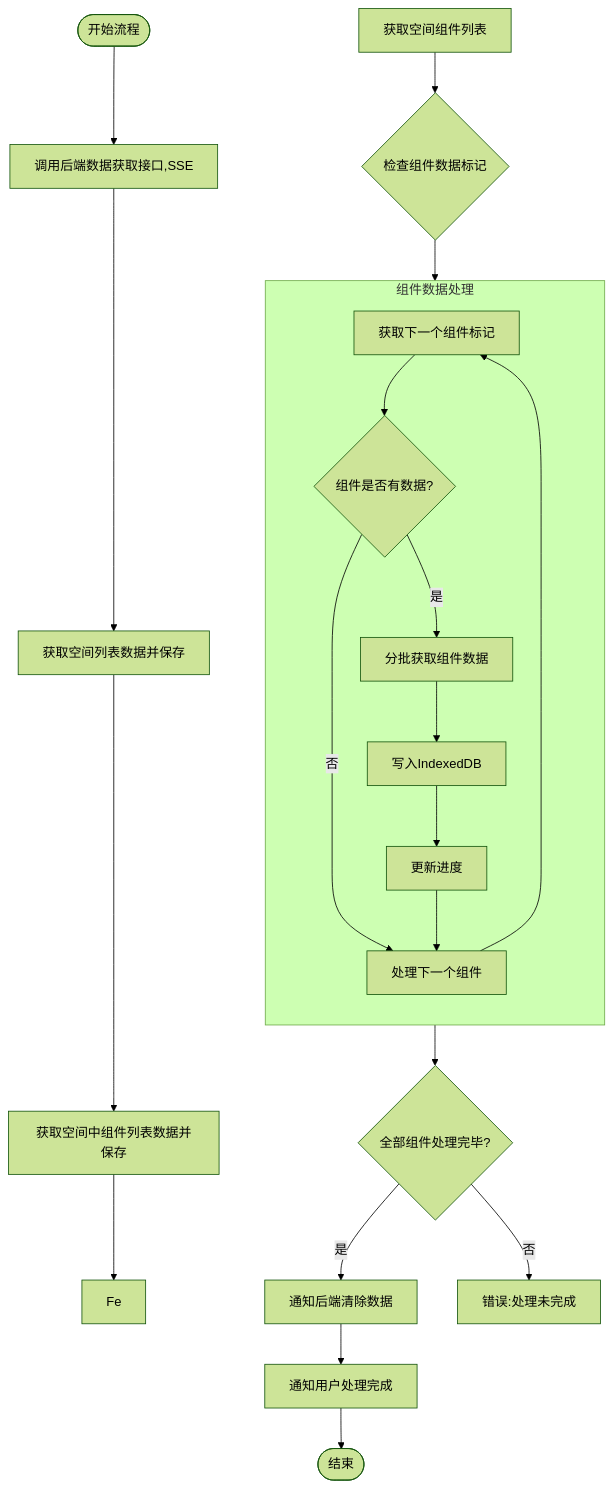
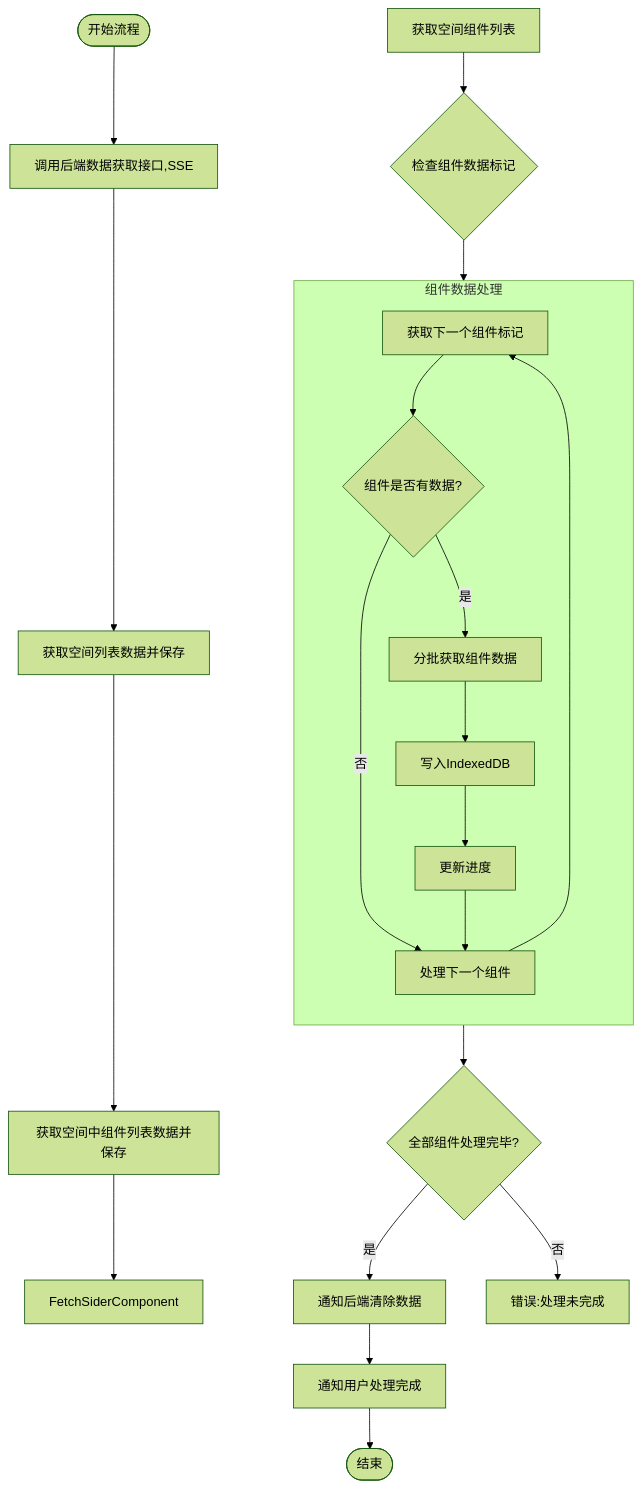
Before and after one commit to yingjianzh/iodraw-files: the diagram in all/未命名-59.md, drawn with Mermaid (forest theme).

Commit message:
2025-05-14 14:53:22 update

````diff
--- a/all/未命名-59.md
+++ b/all/未命名-59.md
@@ -1,34 +1,34 @@
 ```mermaid
 
 flowchart TD
     Start([开始流程]) --> FetchData[调用后端数据获取接口,SSE]
     FetchData --> FetchSpaceData[获取空间列表数据并保存]
    
     FetchSpaceData --> FetchSpaceComponent[获取空间中组件列表数据并保存]
 
-    FetchSpaceComponent --> Fe
+    FetchSpaceComponent --> FetchSiderComponent
     
     FetchComponentList[获取空间组件列表]
     FetchComponentList --> CheckComponentData{检查组件数据标记}
     
     subgraph ComponentProcess [组件数据处理]
         direction TB
         A[获取下一个组件标记] --> B{组件是否有数据?}
         B -->|否| NextComponent[处理下一个组件]
         B -->|是| C[分批获取组件数据]
         C --> D[写入IndexedDB]
         D --> UpdateProgress[更新进度]
         UpdateProgress --> NextComponent
         NextComponent --> A
     end
     
     CheckComponentData --> ComponentProcess
     ComponentProcess --> AllComponentsProcessed{全部组件处理完毕?}
     
     AllComponentsProcessed -->|是| ClearServerData[通知后端清除数据]
     AllComponentsProcessed -->|否| Error3[错误:处理未完成]
     
     ClearServerData --> CompletionNotification[通知用户处理完成]
     CompletionNotification --> End([结束])
 
 ```
````
